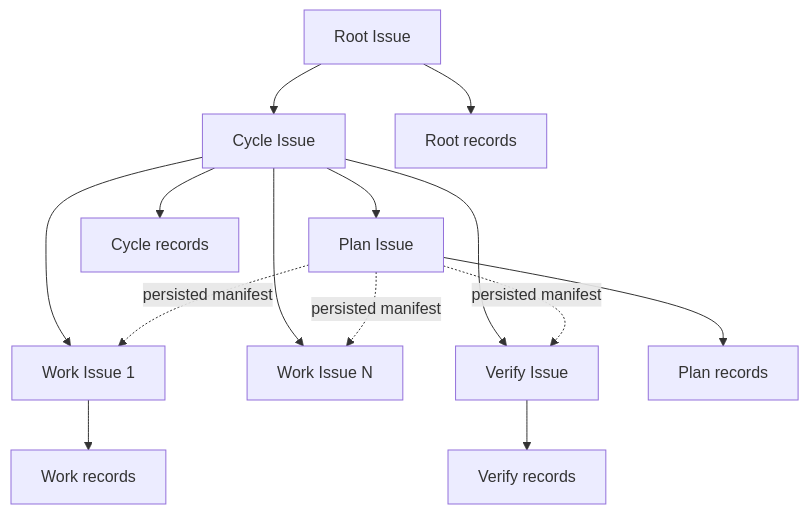
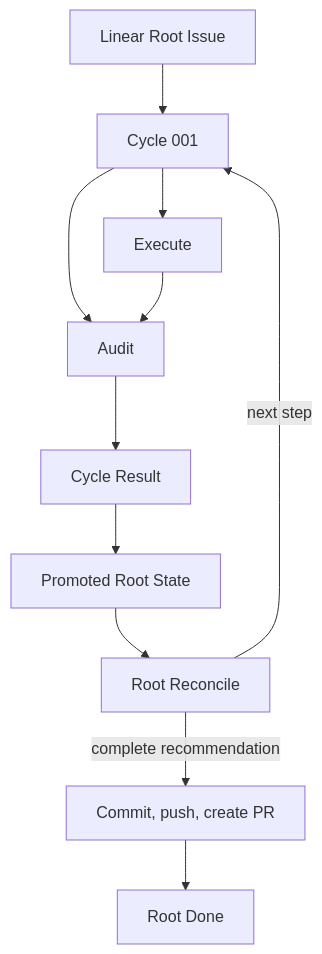
Before and after one commit to hallucination-studio/symphony: the diagram in docs/architecture/workflow-model.md, drawn with Mermaid. The commit also changed other lines of this file and 54 other files, not shown here.

Commit message:
chore: checkpoint serial-cycle architecture baseline

````diff
--- a/docs/architecture/workflow-model.md
+++ b/docs/architecture/workflow-model.md
@@ -53,17 +44,14 @@
 ```mermaid
-%% source-rules: WF-TOPO-001 WF-TOPO-002 WF-TOPO-003 WF-TOPO-004 WF-TOPO-005 WF-TOPO-006 WF-TOPO-007
+%% source-rules: WF-TOPO-001 WF-TOPO-002 WF-TOPO-003 WF-AUTH-008
 flowchart TD
-  Root[Root Issue] --> Cycle[Cycle Issue]
-  Cycle --> Plan[Plan Issue]
-  Cycle --> Work1[Work Issue 1]
-  Cycle --> WorkN[Work Issue N]
-  Cycle --> Verify[Verify Issue]
-  Plan -. persisted manifest .-> Work1
-  Plan -. persisted manifest .-> WorkN
-  Plan -. persisted manifest .-> Verify
-  Root --> RootRecords[Root records]
-  Cycle --> CycleRecords[Cycle records]
-  Plan --> PlanRecords[Plan records]
-  Work1 --> WorkRecords[Work records]
-  Verify --> VerifyRecords[Verify records]
+  Root[Linear Root Issue] --> Cycle[Cycle 001]
+  Cycle --> Execute[Execute]
+  Cycle --> Audit[Audit]
+  Execute --> Audit
+  Audit --> Result[Cycle Result]
+  Result --> State[Promoted Root State]
+  State --> Reconcile[Root Reconcile]
+  Reconcile -->|next step| Cycle
+  Reconcile -->|complete recommendation| PR[Commit, push, create PR]
+  PR --> Done[Root Done]
 ```
````
